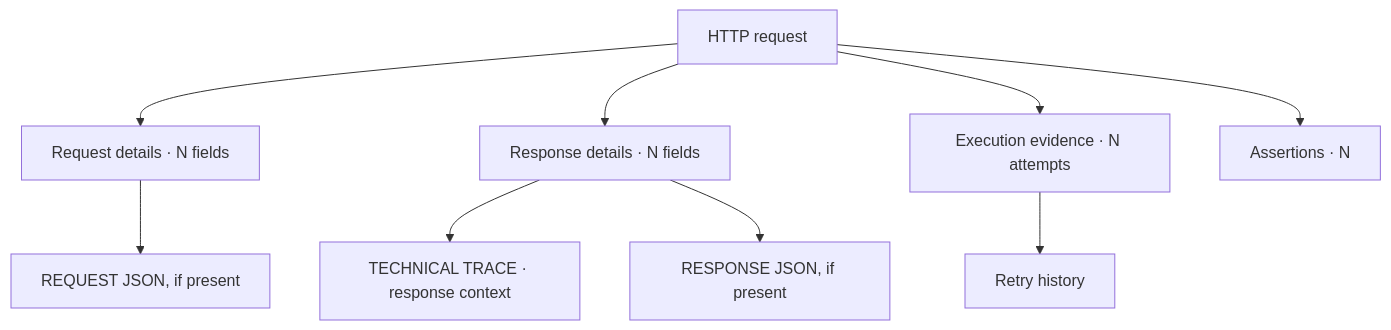
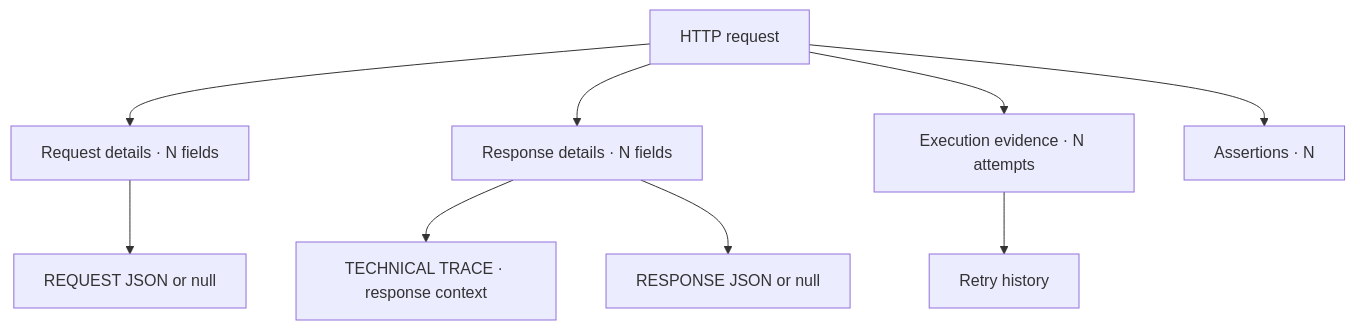
Before and after one commit to crististefanita/demo2: the second of 2 diagrams in docs/ATF_Reporting_Contract.md, drawn with Mermaid. The commit also changed other lines of this file and 385 other files, not shown here.

````diff
--- a/docs/ATF_Reporting_Contract.md
+++ b/docs/ATF_Reporting_Contract.md
@@ -80,11 +85,11 @@
 ```mermaid
 flowchart TD
     Request[HTTP request] --> RequestDetails[Request details · N fields]
     Request --> Details[Response details · N fields]
     Details --> Trace[TECHNICAL TRACE · response context]
-    Details --> ResponseBody[RESPONSE JSON, if present]
-    RequestDetails --> RequestBody[REQUEST JSON, if present]
+    Details --> ResponseBody[RESPONSE JSON or null]
+    RequestDetails --> RequestBody[REQUEST JSON or null]
     Request --> Execution[Execution evidence · N attempts]
     Execution --> Retry[Retry history]
     Request --> Assertions[Assertions · N]
 ```
````
